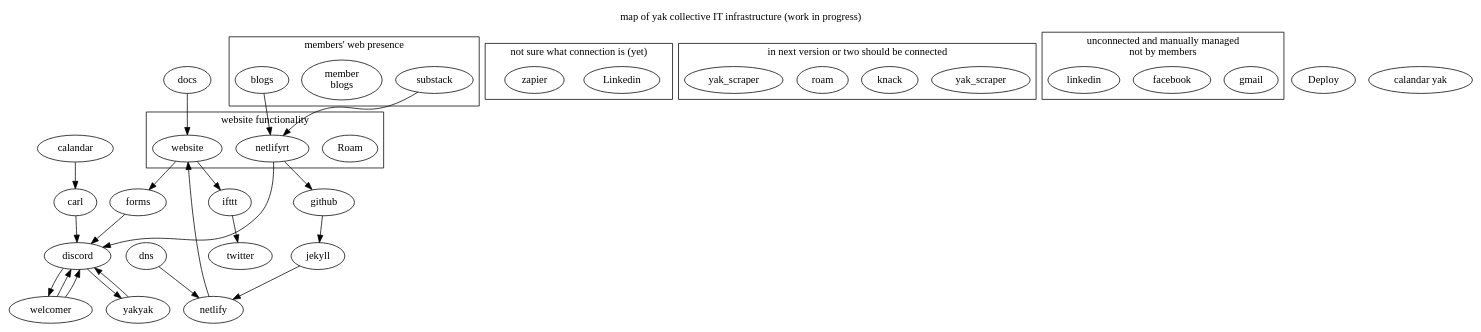
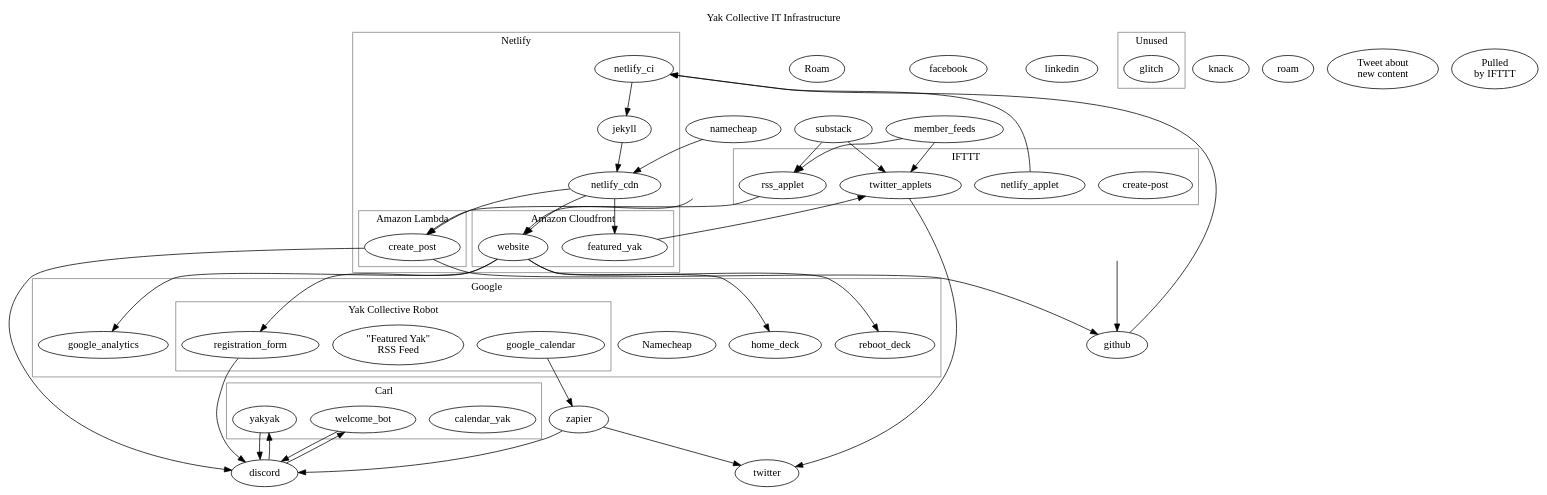
The diagram in editme.dot (tilnow/docjs), drawn with Graphviz before and after one commit. The commit also changed 4 other files, not shown here.

Commit message:
Updated diagram + offline build instructions

```diff
--- a/editme.dot
+++ b/editme.dot
@@ -1,109 +1,174 @@
-#a dot file which includes all our IT infrastructure
-#unlike standard dot, we have some macros here
-# %%XXX%%% means there is a file XXX.md with explanation. all items AND links should have one, so please create
-# some keywords in uppercase, like TOOL, DATA, WEBSERVICE were defined in replacings.sed and now down below and contain formatting instructions
-# all other dot thingees apply
-# rendering is using plain dot
+# A dot file which includes all (known) Yak Collective IT
+# infrastructure.
+#
+# Unlike standard Graphviz dot, we define some macros here that get
+# replaced pre-render. (Substitution block begins with a
+# hash-open-curly-brace and ends with a hash-close-curly-brace.
+# Macros are defined as # + macro name + # + substitution. Anything
+# after the first space is considered a comment.)
+#
+#{
+#STATIC_DATA#[shape=doublecircle][color=green] # Website or service that functions as a (relatively) static data source/destination
+#EXTERNAL_SERVICE#[shape=egg][color=green]     # Externally-facing web service used by all YC members/participants (and sometimes others)
+#INTERNAL_SERVICE#[shape=egg][color=blue]      # Internally-facing web service used by a few YC members (sometimes not accessible at all)
+#APPLET#[shape=rectangle][color=blue]          # A function, service-specific applet, or internal tool; contained by and run by some service
+#USER_DATA#[color=red]                         # Manual data flow (someone creates an account, reviews a list and takes action, etc.)
+#AUTO_DATA#[color=black]                       # Automatic data flows (service takes action based on a timer, webhook, etc.)
+#}
+#
+# (The above lines need to be kept in sync with the corresponding lines in `replacings.sed`.)
+#
+# Otherwise, all other dot thingees apply.
 
+digraph yak_infrastructure {
+	labelloc="t";
+	label="Yak Collective IT Infrastructure";
+	labelURL="https://roamresearch.com/#/app/ArtOfGig/page/6fhTlx1p_";
 
-#{ #start substitution definitions no spaces before name. hash (#) after name. comment optional
-#WEBSITE#[shape=doublecircle][color=green] #a site we expect _members_ (or at least non-sys admins) to use the site-provided ui sometimes
-#WEBSERVICE#[shape=egg][color=green] #mainly used to transform data. of course, somebody needs to use the ui at some point
-#USERSITE#[shape=triangle][color=green] #something individual members deal with indepdnent of YC
-#TOOL#[shape=rectangle][color=blue] # a software tool
-#DATA#[color=red] #data
-#FUNCTION#[color=black] #a function
-#} #end substitution definitions
+	# Components
+	#
+	subgraph cluster_google {
+		labelloc="t";
+		label="Google";
+		color="gray";
 
-digraph G {
-labelloc="t";
-label="map of yak collective IT infrastructure (work in progress)";
+		subgraph cluster_robot {
+			labelloc="t";
+			label="Yak Collective Robot";
+			labelURL="https://roamresearch.com/#/app/ArtOfGig/page/bRd-QWJA0";
+			color="gray";
 
-#components
+			google_calendar STATIC_DATA[label="Google\nCalendar"][URL="https://roamresearch.com/#/app/ArtOfGig/page/5JAKKBvdi"];
+			registration_form STATIC_DATA[label="Registration\nForm"][URL="https://roamresearch.com/#/app/ArtOfGig/page/oG9FwDcRH"];
+		}
 
+		google_analytics INTERNAL_SERVICE[label="Google\nAnalytics"][URL="https://roamresearch.com/#/app/ArtOfGig/page/gkim0kNQ8"];
+		reboot_deck STATIC_DATA[label="\"Don't Waste the\nReboot\" deck"][URL="https://roamresearch.com/#/app/ArtOfGig/page/s7km8fEQp"];
+		home_deck STATIC_DATA[label="\"The New Old\nHome\" deck"][URL="https://roamresearch.com/#/app/ArtOfGig/page/sGxc8YzrD"];
+	}
 
-calandar WEBSITE[label="google\ncalandar"][URL="https://roamresearch.com/#/app/ArtOfGig/page/5JAKKBvdi"];
-docs WEBSITE[label="google docs"][URL="https://roamresearch.com/#/app/ArtOfGig/page/UxescKnLz"];
-forms WEBSITE[label="registration\nform"][URL="https://roamresearch.com/#/app/ArtOfGig/page/jndSmXO3Q"];
-ifttt WEBSERVICE[label="IFTTT"][URL="https://roamresearch.com/#/app/ArtOfGig/page/1jMx-b5Fs"];
-dns WEBSERVICE[label="Namecheap"][URL="https://roamresearch.com/#/app/ArtOfGig/page/SrB_NQUiU"];
-github WEBSERVICE[label="GitHub"][URL="https://roamresearch.com/#/app/ArtOfGig/page/1PVNV7Ell"];
-netlify WEBSERVICE[label="Netlify"][URL="https://roamresearch.com/#/app/ArtOfGig/page/SVNduLQJn"];
-jekyll TOOL[label="Jekyll"][URL="https://roamresearch.com/#/app/ArtOfGig/page/fF35dWNYl"];
-carl WEBSERVICE[label="Carl"][URL="https://roamresearch.com/#/app/ArtOfGig/page/wfmK-RIl1"];
+	zapier INTERNAL_SERVICE[label="Zapier"][URL="https://roamresearch.com/#/app/ArtOfGig/page/WW4JidMuQ"];
 
-discord WEBSITE[label="Discord"][URL="https://roamresearch.com/#/app/ArtOfGig/page/AsI1N4yGZ"];
-twitter WEBSERVICE[label="Twitter"][URL="https://roamresearch.com/#/app/ArtOfGig/page/ssp9sORuP"];
+	subgraph cluster_carl {
+		labelloc="t";
+		label="Carl";
+		labelURL="https://roamresearch.com/#/app/ArtOfGig/page/wfmK-RIl1";
+		color="gray";
 
-welcomer TOOL[label="welcome bot"][URL="https://roamresearch.com/#/app/ArtOfGig/page/zXjWI-iSj"];
-yakyak TOOL[label="yakyak carl-bot"][URL="https://roamresearch.com/#/app/ArtOfGig/page/Wr8zsoGZ5"];
+		calendar_yak APPLET[label="calendar_yak"][URL="https://roamresearch.com/#/app/ArtOfGig/page/4lz1jh2sn"];
+		welcome_bot APPLET[label="welcome_bot"][URL="https://roamresearch.com/#/app/ArtOfGig/page/S_Xkw1vVi"];
+		yakyak  APPLET[label="yakyak"][URL="https://roamresearch.com/#/app/ArtOfGig/page/Q1LoZ_dE4"];
+	}
 
-#the website
-subgraph cluster_4 {
-  labelloc="t";
-  label="website functionality";
-  website WEBSITE[label="Yakcollective.org"][URL="https://roamresearch.com/#/app/ArtOfGig/page/h0Wx539Oq"];
-  netlifyrt WEBSERVICE[label="netlify\nbackending"][URL="https://roamresearch.com/#/app/ArtOfGig/page/-DyEtjJie"]; 
+	discord EXTERNAL_SERVICE[label="Discord"][URL="https://roamresearch.com/#/app/ArtOfGig/page/AsI1N4yGZ"];
 
+	substack EXTERNAL_SERVICE[label="Substack"][URL="https://roamresearch.com/#/app/ArtOfGig/page/kMaCo6Xc-"];
+
+	member_feeds STATIC_DATA[label="Member RSS\nFeeds"][URL="https://roamresearch.com/#/app/ArtOfGig/page/RLF445t5m"];
+
+	twitter EXTERNAL_SERVICE[label="Twitter"][URL="https://roamresearch.com/#/app/ArtOfGig/page/ssp9sORuP"];
+	facebook EXTERNAL_SERVICE[label="Facebook"][URL="https://roamresearch.com/#/app/ArtOfGig/page/WZKSWTGz5"];
+	linkedin EXTERNAL_SERVICE[label="LinkedIn"][URL="https://roamresearch.com/#/app/ArtOfGig/page/M17w4lZJB"];
+
+	subgraph cluster_unused {
+		labelloc="t";
+		label="Unused";
+		color="gray";
+
+		glitch INTERNAL_SERVICE[label="Glitch"][URL="https://roamresearch.com/#/app/ArtOfGig/page/bTxU0ABQS"];
+	}
+
+	subgraph cluster_ifttt {
+		labelloc="t";
+		label="IFTTT";
+		labelURL="https://roamresearch.com/#/app/ArtOfGig/page/1jMx-b5Fs";
+		color="gray";
+
+		rss_applet APPLET[label="create-post\nApplets"][URL="https://roamresearch.com/#/app/ArtOfGig/page/ucCeiIsih"];
+		twitter_applets APPLET[label="Twitter\nApplets"][URL="https://roamresearch.com/#/app/ArtOfGig/page/j7DInC9sg"];
+		netlify_applet APPLET[label="Netlify Build\nHook Applet"][URL="https://roamresearch.com/#/app/ArtOfGig/page/EWP06EjZH"];
+	}
+
+	github INTERNAL_SERVICE[label="GitHub"][URL="https://roamresearch.com/#/app/ArtOfGig/page/1PVNV7Ell"];
+
+	subgraph cluster_netlify {
+		labelloc="t";
+		label="Netlify";
+		labelURL="https://roamresearch.com/#/app/ArtOfGig/page/SVNduLQJn";
+		color="gray";
+
+		netlify_ci INTERNAL_SERVICE[label="Netlify Continuous\nIntegration"][URL="https://roamresearch.com/#/app/ArtOfGig/page/lfZqzDmtI"];
+		jekyll APPLET[label="Jekyll"][URL="https://roamresearch.com/#/app/ArtOfGig/page/fF35dWNYl"];
+		netlify_cdn INTERNAL_SERVICE[label="Netlify\nCDN"][URL="https://roamresearch.com/#/app/ArtOfGig/page/R-E2CDAe2"];
+
+		subgraph cluster_cloudfront {
+			labelloc="t";
+			label="Amazon Cloudfront";
+			color="gray";
+
+			website STATIC_DATA[label="Yak Collective\nWebsite"][URL="https://roamresearch.com/#/app/ArtOfGig/page/h0Wx539Oq"];
+			featured_yak STATIC_DATA[label="\"Featured Yak\"\nRSS Feed"][URL="https://roamresearch.com/#/app/ArtOfGig/page/ZzuH6YDFq"];
+		}
+
+		subgraph cluster_lambda {
+			labelloc="t";
+			label="Amazon Lambda";
+			color="gray";
+
+			create_post APPLET[label="create-post"][URL="https://roamresearch.com/#/app/ArtOfGig/page/wDK81GyfO"];
+		}
+	}
+
+	namecheap INTERNAL_SERVICE[label="Namecheap"][URL="https://roamresearch.com/#/app/ArtOfGig/page/SrB_NQUiU"];
+	knack EXTERNAL_SERVICE[label="Knack"][URL="https://roamresearch.com/#/app/ArtOfGig/page/FDjmLsCeR"];
+	roam EXTERNAL_SERVICE[label="Roam"][URL="https://roamresearch.com/#/app/ArtOfGig/page/FEPWC0DLJ"];
+
+	# Hidden user interaction nodes
+	#
+	visitor [shape=plaintext][label=""];
+	developer [shape=plaintext][label=""];
+
+	# Website data flows to Google
+	#
+	website->google_analytics AUTO_DATA[label="Visitor analytics"];
+	website->{reboot_deck,home_deck} USER_DATA[label="Google Slides / PDF"];
+
+	# Member registration flow
+	#
+	visitor->website USER_DATA[label="Website visitor"];
+	website->registration_form USER_DATA[label="Sign up form\n(minimal data)"];
+	registration_form->discord USER_DATA[label="Invite link"];
+	discord->{welcome_bot,yakyak} AUTO_DATA[label="New user\nnotification / data"];
+	welcome_bot->discord AUTO_DATA[label="Welcome message\nseries"];
+	yakyak->discord AUTO_DATA[label="Prune inactive\nusers"];
+
+	# Building the website
+	#
+	developer->github USER_DATA[label="Git commit"];
+	github->netlify_ci AUTO_DATA[label="Repo contents pushed\non commit"];
+	netlify_applet->netlify_ci AUTO_DATA[label="Trigger rebuild\nevery 24 hours"];
+	netlify_ci->jekyll AUTO_DATA[label="Build website"];
+	jekyll->netlify_cdn AUTO_DATA[label="Optimize & deploy\nwebsite files"];
+	namecheap->netlify_cdn AUTO_DATA[label="DNS information"];
+	netlify_cdn->{website,featured_yak} AUTO_DATA[label="Push to Amazon\nCloudfront"];
+	netlify_cdn->create_post AUTO_DATA[label="Create Amazon\nLambda function"];
+
+	# Various RSS feeds to the website/Discord
+	#
+	{member_feeds,substack}->rss_applet USER_DATA[label="Pulled\nby IFTTT"];
+	rss_applet->create_post AUTO_DATA[label="RSS post data\nto webhook"];
+	create_post->github AUTO_DATA[label="Commit new\nmember post"];
+	create_post->discord AUTO_DATA[label="Post in\n#yaktalk-content"];
+
+	# Various RSS feeds to Twitter/Discord
+	#
+	{member_feeds,substack}->twitter_applets USER_DATA[label="Pulled\nby IFTTT"];
+	featured_yak->twitter_applets AUTO_DATA[label="Pulled\nby IFTTT"];
+	twitter_applets->twitter AUTO_DATA[label="Tweet about\nnew content"];
+
+	# Google Calendar -> Twitter/Discord
+	#
+	google_calendar->zapier AUTO_DATA[label="Pulled by\nZapier"];
+	zapier->discord AUTO_DATA[label="Post in\n#events"];
+	zapier->twitter AUTO_DATA[label="Tweet about\nnew content"];
 }
-
-#things i do not know how to connect 
-subgraph cluster_0 {
-  labelloc="t";
-  label="not sure what connection is (yet)";
-
-  zapier WEBSERVICE[label="Zapier"][URL="https://roamresearch.com/#/app/ArtOfGig/page/WW4JidMuQ"];
-
-}
-
-#things not connected by IT with rest of infrastructure and managed seperatly and not used by members
-subgraph cluster_1 {
-  labelloc="t";
-  label="unconnected and manually managed\nnot by members";
-
-  gmail WEBSERVICE[label="yakcollective.org\n@gmail.com"][URL="https://roamresearch.com/#/app/ArtOfGig/page/bRd-QWJA0"];
-  facebook WEBSERVICE[label="Facebook"][URL="https://roamresearch.com/#/app/ArtOfGig/page/WZKSWTGz5"];
-  linkedin WEBSERVICE[label="Linkedin"][URL="https://roamresearch.com/#/app/ArtOfGig/page/M17w4lZJB"];
-}
-
-#things in process of connection with rest of infrastructure 
-subgraph cluster_2 {
-  labelloc="t";
-  label="in next version or two should be connected";
-
-  knack WEBSITE[label="Knack"][URL="https://roamresearch.com/#/app/ArtOfGig/page/FDjmLsCeR"];
-  roam WEBSITE[label="Roam"][URL="https://roamresearch.com/#/app/ArtOfGig/page/FEPWC0DLJ"];
-  yak_scraper TOOL[label="yak_scraper"][URL="https://roamresearch.com/#/app/ArtOfGig/page/-OUopK-ql"]
-
-}
-
-#things that represent user generated data on web 
-subgraph cluster_3 {
-  labelloc="t";
-  label="members' web presence";
-
-  substack USERSITE[label="Substack"][URL="https://roamresearch.com/#/app/ArtOfGig/page/kMaCo6Xc-"];
-  blogs USERSITE[label="member\nblogs"][URL="https://roamresearch.com/#/app/ArtOfGig/page/RLF445t5m"];
-
-}
-
-#links
-website->ifttt->twitter DATA[label="feedupdates"][URL="https://roamresearch.com/#/app/ArtOfGig/page/vb-TjfidT"];
-{substack, blogs}->netlifyrt DATA[label="member-generated\nweb-content"][URL="https://roamresearch.com/#/app/ArtOfGig/page/gg1Rhn-k9"];
-netlifyrt->{github,discord} FUNCTION[label="create_post"][URL="https://roamresearch.com/#/app/ArtOfGig/page/MX6h90kc6"];
-dns->netlify DATA[label="CNAME"][URL="https://roamresearch.com/#/app/ArtOfGig/page/oj_yd_nJQ"];
-website->forms DATA[label="minimal\nuser data"];
-forms->discord FUNCTION[label="invite"];
-discord->welcomer DATA[label="newby"];
-welcomer->discord FUNCTION[label="welcoming"];
-discord->yakyak DATA[label="newby"];
-yakyak->discord FUNCTION[label="prune"];
-
-welcomer->discord FUNCTION[label="welcome\nnew user"];
-docs->website FUNCTION[label="host\nprojects"];
-calandar->carl FUNCTION[label="calandar yak"][URL="https://roamresearch.com/#/app/ArtOfGig/page/HB6pYl8y1"];
-carl->discord DATA[label="reminders"];
-github->jekyll DATA[label="md files\nand others"][URL="https://roamresearch.com/#/app/ArtOfGig/page/mUmau331V"];
-jekyll->netlify DATA [label="Rendered\nwebsite"][]URL="https://roamresearch.com/#/app/ArtOfGig/page/olV_kr5d8";
-netlify->website DATA[label="Deploy"][URL="https://roamresearch.com/#/app/ArtOfGig/page/aNm73M_3p"];
-}
```
